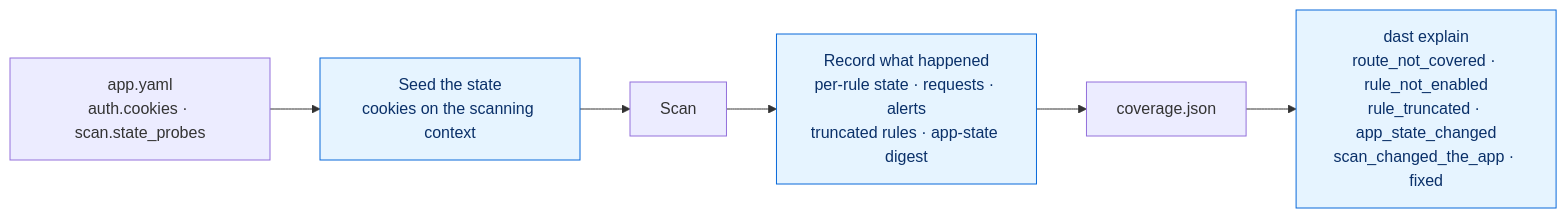
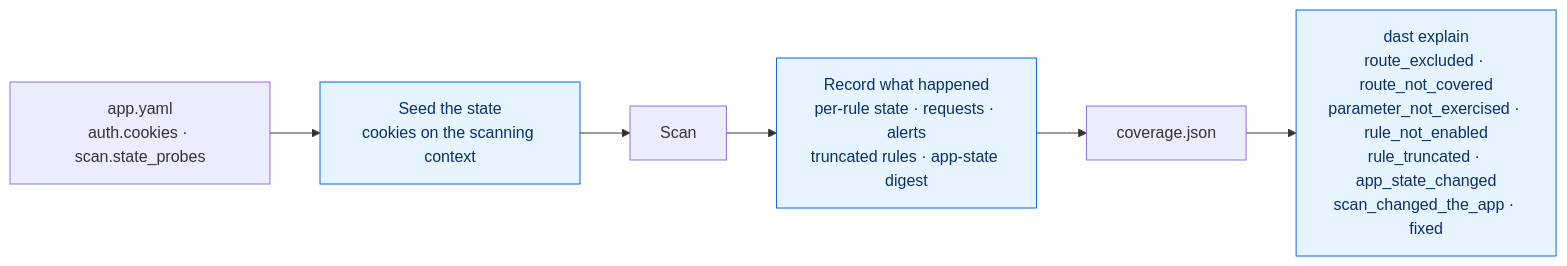
The fourth of 6 diagrams in docs/deterministic_vs_llm_discovery.md (CodyYang2016/Dast-Scanning-Tool), drawn with Mermaid before and after one commit. The commit also changed other lines of this file and 2 other files, not shown here.

````diff
--- a/docs/deterministic_vs_llm_discovery.md
+++ b/docs/deterministic_vs_llm_discovery.md
@@ -172,10 +172,10 @@
 ```mermaid
 flowchart LR
   CFG["app.yaml<br/>auth.cookies · scan.state_probes"] --> SET["Seed the state<br/>cookies on the scanning context"]
   SET --> SCAN["Scan"]
   SCAN --> REC["Record what happened<br/>per-rule state · requests · alerts<br/>truncated rules · app-state digest"]
   REC --> COV["coverage.json"]
-  COV --> EXP["dast explain<br/>route_not_covered · rule_not_enabled<br/>rule_truncated · app_state_changed<br/>scan_changed_the_app · fixed"]
+  COV --> EXP["dast explain<br/>route_excluded · route_not_covered<br/>parameter_not_exercised · rule_not_enabled<br/>rule_truncated · app_state_changed<br/>scan_changed_the_app · fixed"]
   classDef new fill:#e6f4ff,stroke:#0969da,color:#0a3069
   class SET,REC,EXP new
 ```
````
